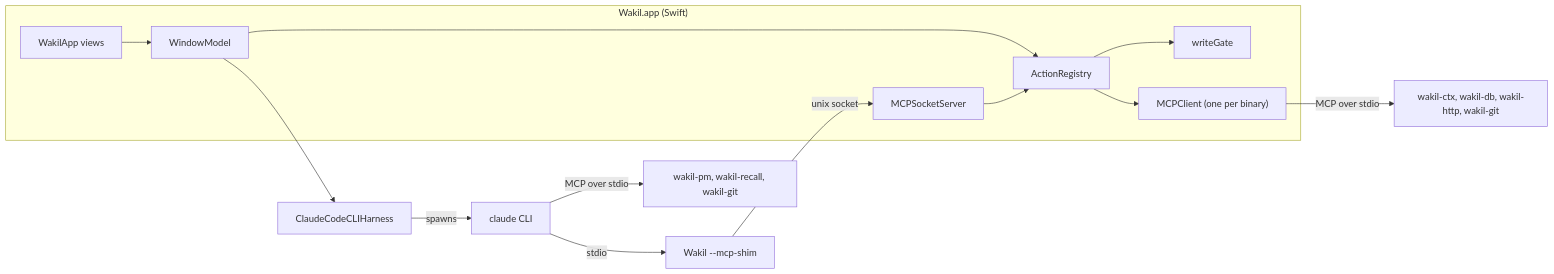
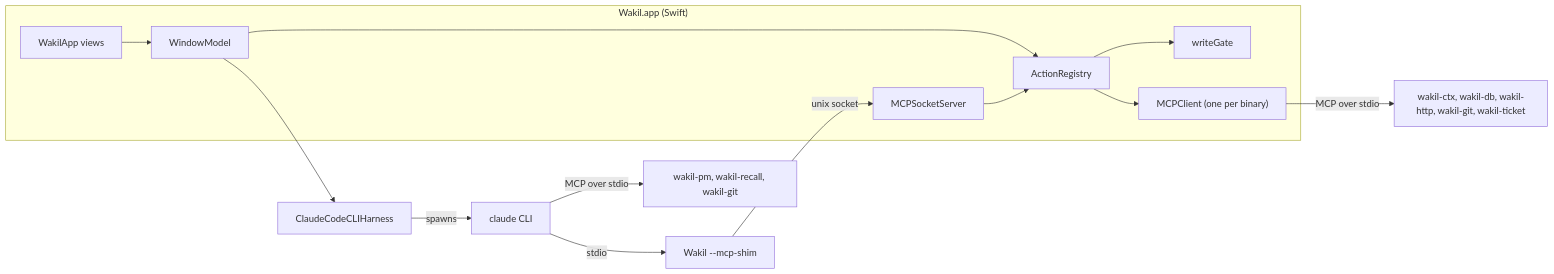
One commit to yehia-khalil/wakil changed the diagram in docs/architecture/README.md. Above: the diagram before and after it, drawn with Mermaid. The commit also changed other lines of this file and 6 other files, not shown here.

Commit message:
ticket view: the earned write, the charter row and the code map

````diff
--- a/docs/architecture/README.md
+++ b/docs/architecture/README.md
@@ -24,16 +24,16 @@
 ```mermaid
 flowchart LR
   subgraph App["Wakil.app (Swift)"]
     Views["WakilApp views"] --> WM["WindowModel"]
     WM --> Reg["ActionRegistry"]
     Reg --> Gate["writeGate"]
     Reg --> Client["MCPClient (one per binary)"]
     Sock["MCPSocketServer"] --> Reg
   end
-  Client -->|"MCP over stdio"| Bins["wakil-ctx, wakil-db, wakil-http, wakil-git"]
+  Client -->|"MCP over stdio"| Bins["wakil-ctx, wakil-db, wakil-http, wakil-git, wakil-ticket"]
   WM --> Harness["ClaudeCodeCLIHarness"]
   Harness -->|"spawns"| Claude["claude CLI"]
   Claude -->|"stdio"| Shim["Wakil --mcp-shim"]
   Shim -->|"unix socket"| Sock
   Claude -->|"MCP over stdio"| Agent["wakil-pm, wakil-recall, wakil-git"]
 ```
````
